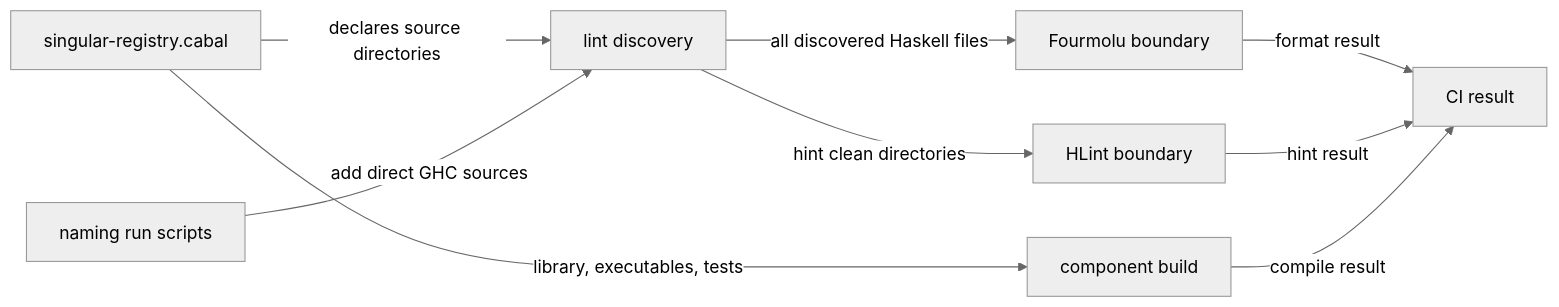
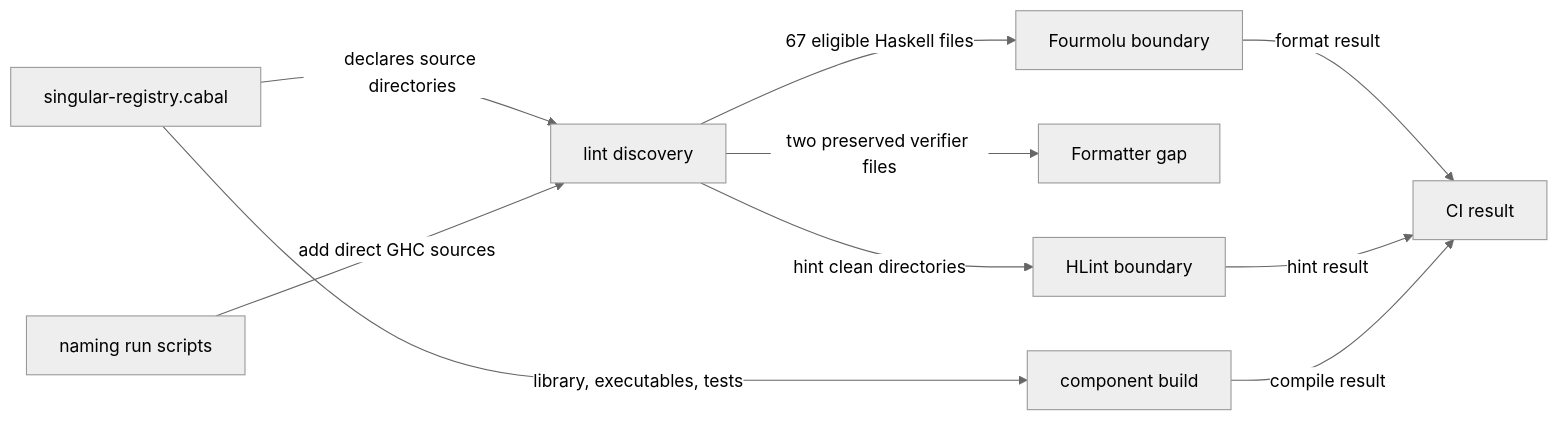
One commit to lambdasistemi/singular changed the diagram in docs/offchain-development.md. Above: the diagram before and after it, drawn with Mermaid (neutral theme). The commit also changed 1 other file, not shown here.

Commit message:
docs: show verifier formatting gap in flow

````diff
--- a/docs/offchain-development.md
+++ b/docs/offchain-development.md
@@ -19,11 +19,12 @@
 ```mermaid
 flowchart LR
     C[singular-registry.cabal] -->|declares source directories| D[lint discovery]
     N[naming run scripts] -->|add direct GHC sources| D
-    D -->|all discovered Haskell files| F[Fourmolu boundary]
+    D -->|67 eligible Haskell files| F[Fourmolu boundary]
+    D -->|two preserved verifier files| X[Formatter gap]
     D -->|hint clean directories| H[HLint boundary]
     C -->|library, executables, tests| B[component build]
     F -->|format result| CI[CI result]
     H -->|hint result| CI
     B -->|compile result| CI
 ```
````
